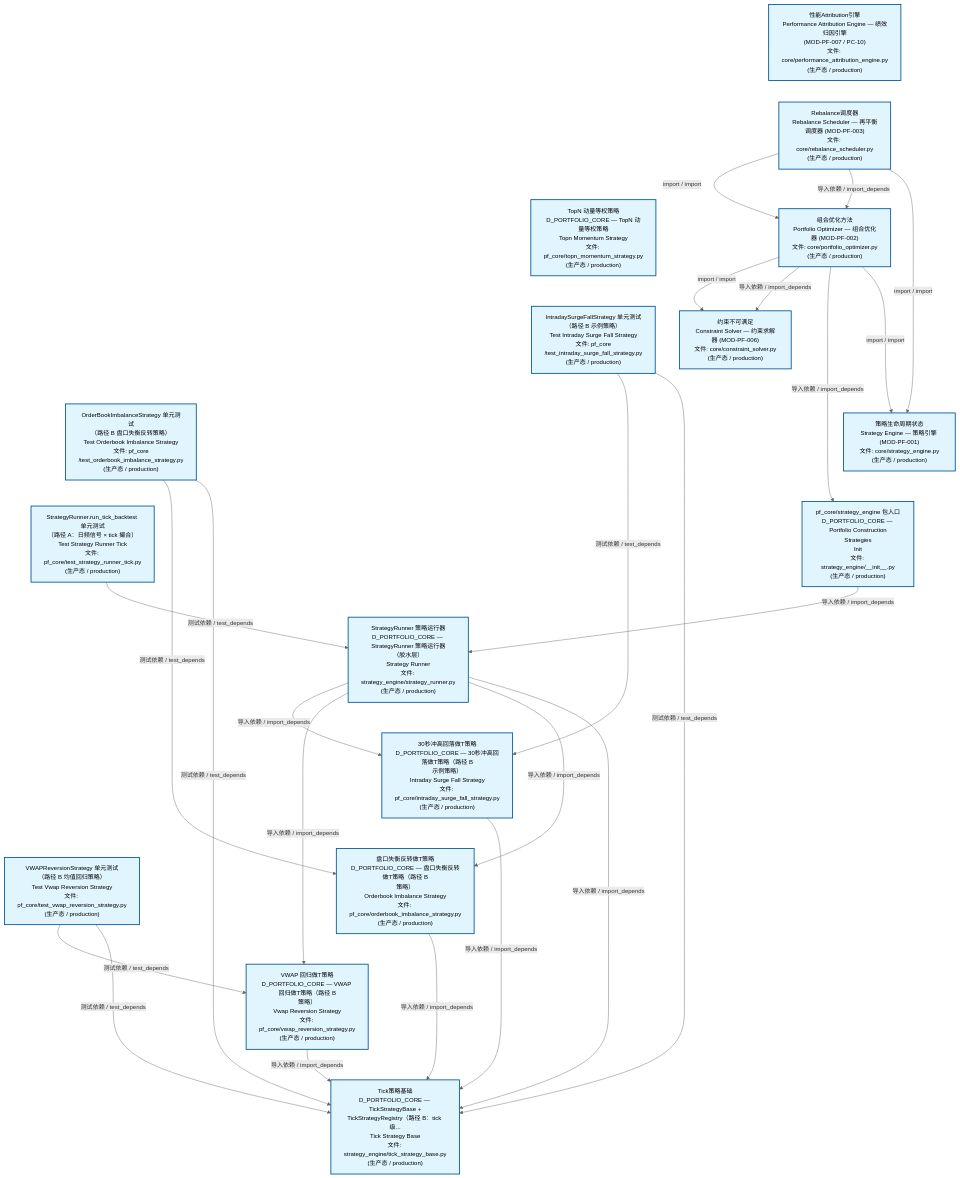
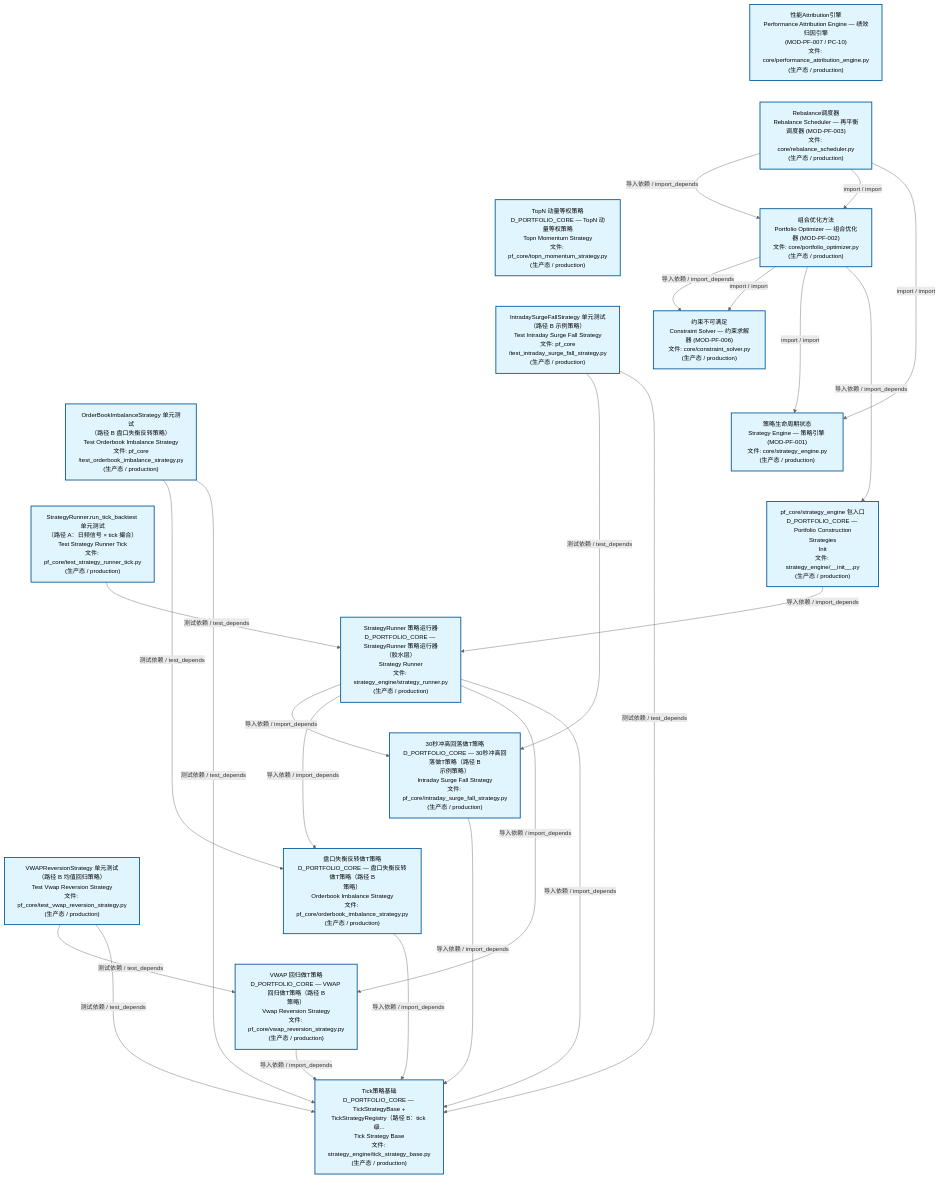
Before and after one commit to xuanFelixVan/ZephyrAlpha: the second of 3 diagrams in docs/02_enterprise_architecture/02_domain_architecture_docs/63_d_pf_core.md, drawn with Mermaid. The commit also changed other lines of this file and 49 other files, not shown here.

````diff
--- a/docs/02_enterprise_architecture/02_domain_architecture_docs/63_d_pf_core.md
+++ b/docs/02_enterprise_architecture/02_domain_architecture_docs/63_d_pf_core.md
@@ -140,57 +140,57 @@
 ```mermaid
 %%{init: {'theme': 'base', 'themeVariables': {'primaryColor': '#eaeaea', 'primaryTextColor': '#333333', 'primaryBorderColor': '#666666', 'lineColor': '#666666', 'secondaryColor': '#eaeaea', 'tertiaryColor': '#eaeaea', 'fontSize': '14px'}}}%%
 flowchart TD
     src_zephyr_pf_core_core_performance_attribution_engine_py["性能Attribution引擎<br/>Performance Attribution Engine — 绩效归因引擎<br/>(MOD-PF-007 / PC-10)<br/>文件: core/performance_attribution_engine.py<br/>(生产态 / production)"]
     src_zephyr_pf_core_core_rebalance_scheduler_py["Rebalance调度器<br/>Rebalance Scheduler — 再平衡调度器 (MOD-PF-003)<br/>文件: core/rebalance_scheduler.py<br/>(生产态 / production)"]
     src_zephyr_pf_core_topn_momentum_strategy_py["TopN 动量等权策略<br/>D_PORTFOLIO_CORE — TopN 动量等权策略<br/>Topn Momentum Strategy<br/>文件: pf_core/topn_momentum_strategy.py<br/>(生产态 / production)"]
     tests_pf_core_test_intraday_surge_fall_strategy_py["IntradaySurgeFallStrategy 单元测试<br/>（路径 B 示例策略）<br/>Test Intraday Surge Fall Strategy<br/>文件: pf_core<br/>/test_intraday_surge_fall_strategy.py<br/>(生产态 / production)"]
     tests_pf_core_test_orderbook_imbalance_strategy_py["OrderBookImbalanceStrategy 单元测试<br/>（路径 B 盘口失衡反转策略）<br/>Test Orderbook Imbalance Strategy<br/>文件: pf_core<br/>/test_orderbook_imbalance_strategy.py<br/>(生产态 / production)"]
     tests_pf_core_test_strategy_runner_tick_py["StrategyRunner.run_tick_backtest 单元测试<br/>（路径 A：日频信号 × tick 撮合）<br/>Test Strategy Runner Tick<br/>文件: pf_core/test_strategy_runner_tick.py<br/>(生产态 / production)"]
     tests_pf_core_test_vwap_reversion_strategy_py["VWAPReversionStrategy 单元测试<br/>（路径 B 均值回归策略）<br/>Test Vwap Reversion Strategy<br/>文件: pf_core/test_vwap_reversion_strategy.py<br/>(生产态 / production)"]
     src_zephyr_pf_core_core_performance_attribution_engine_py ~~~ src_zephyr_pf_core_core_rebalance_scheduler_py
     src_zephyr_pf_core_core_rebalance_scheduler_py ~~~ src_zephyr_pf_core_topn_momentum_strategy_py
     src_zephyr_pf_core_topn_momentum_strategy_py ~~~ tests_pf_core_test_intraday_surge_fall_strategy_py
     tests_pf_core_test_intraday_surge_fall_strategy_py ~~~ tests_pf_core_test_orderbook_imbalance_strategy_py
     tests_pf_core_test_orderbook_imbalance_strategy_py ~~~ tests_pf_core_test_strategy_runner_tick_py
     tests_pf_core_test_strategy_runner_tick_py ~~~ tests_pf_core_test_vwap_reversion_strategy_py
     src_zephyr_pf_core_core_portfolio_optimizer_py["组合优化方法<br/>Portfolio Optimizer — 组合优化器 (MOD-PF-002)<br/>文件: core/portfolio_optimizer.py<br/>(生产态 / production)"]
     src_zephyr_pf_core_core_constraint_solver_py["约束不可满足<br/>Constraint Solver — 约束求解器 (MOD-PF-006)<br/>文件: core/constraint_solver.py<br/>(生产态 / production)"]
     src_zephyr_pf_core_core_strategy_engine_py["策略生命周期状态<br/>Strategy Engine — 策略引擎 (MOD-PF-001)<br/>文件: core/strategy_engine.py<br/>(生产态 / production)"]
     src_zephyr_pf_core_strategy_engine_init_py["pf_core/strategy_engine 包入口<br/>D_PORTFOLIO_CORE — Portfolio Construction<br/>Strategies<br/>Init<br/>文件: strategy_engine/__init__.py<br/>(生产态 / production)"]
     src_zephyr_pf_core_core_constraint_solver_py ~~~ src_zephyr_pf_core_core_strategy_engine_py
     src_zephyr_pf_core_core_strategy_engine_py ~~~ src_zephyr_pf_core_strategy_engine_init_py
     src_zephyr_pf_core_strategy_engine_strategy_runner_py["StrategyRunner 策略运行器<br/>D_PORTFOLIO_CORE — StrategyRunner 策略运行器<br/>（胶水层）<br/>Strategy Runner<br/>文件: strategy_engine/strategy_runner.py<br/>(生产态 / production)"]
     src_zephyr_pf_core_intraday_surge_fall_strategy_py["30秒冲高回落做T策略<br/>D_PORTFOLIO_CORE — 30秒冲高回落做T策略（路径 B<br/>示例策略）<br/>Intraday Surge Fall Strategy<br/>文件: pf_core/intraday_surge_fall_strategy.py<br/>(生产态 / production)"]
     src_zephyr_pf_core_orderbook_imbalance_strategy_py["盘口失衡反转做T策略<br/>D_PORTFOLIO_CORE — 盘口失衡反转做T策略（路径 B<br/>策略）<br/>Orderbook Imbalance Strategy<br/>文件: pf_core/orderbook_imbalance_strategy.py<br/>(生产态 / production)"]
     src_zephyr_pf_core_vwap_reversion_strategy_py["VWAP 回归做T策略<br/>D_PORTFOLIO_CORE — VWAP 回归做T策略（路径 B<br/>策略）<br/>Vwap Reversion Strategy<br/>文件: pf_core/vwap_reversion_strategy.py<br/>(生产态 / production)"]
     src_zephyr_pf_core_intraday_surge_fall_strategy_py ~~~ src_zephyr_pf_core_orderbook_imbalance_strategy_py
     src_zephyr_pf_core_orderbook_imbalance_strategy_py ~~~ src_zephyr_pf_core_vwap_reversion_strategy_py
     src_zephyr_pf_core_strategy_engine_tick_strategy_base_py["Tick策略基础<br/>D_PORTFOLIO_CORE — TickStrategyBase +<br/>TickStrategyRegistry（路径 B：tick 级...<br/>Tick Strategy Base<br/>文件: strategy_engine/tick_strategy_base.py<br/>(生产态 / production)"]
     src_zephyr_pf_core_intraday_surge_fall_strategy_py -->|导入依赖 / import_depends| src_zephyr_pf_core_strategy_engine_tick_strategy_base_py
+    src_zephyr_pf_core_orderbook_imbalance_strategy_py -->|导入依赖 / import_depends| src_zephyr_pf_core_strategy_engine_tick_strategy_base_py
     src_zephyr_pf_core_vwap_reversion_strategy_py -->|导入依赖 / import_depends| src_zephyr_pf_core_strategy_engine_tick_strategy_base_py
-    src_zephyr_pf_core_orderbook_imbalance_strategy_py -->|导入依赖 / import_depends| src_zephyr_pf_core_strategy_engine_tick_strategy_base_py
+    src_zephyr_pf_core_core_portfolio_optimizer_py -->|导入依赖 / import_depends| src_zephyr_pf_core_core_constraint_solver_py
     src_zephyr_pf_core_core_portfolio_optimizer_py -->|import / import| src_zephyr_pf_core_core_constraint_solver_py
-    src_zephyr_pf_core_core_portfolio_optimizer_py -->|导入依赖 / import_depends| src_zephyr_pf_core_core_constraint_solver_py
+    src_zephyr_pf_core_core_portfolio_optimizer_py -->|import / import| src_zephyr_pf_core_core_strategy_engine_py
     src_zephyr_pf_core_core_portfolio_optimizer_py -->|导入依赖 / import_depends| src_zephyr_pf_core_strategy_engine_init_py
-    src_zephyr_pf_core_core_portfolio_optimizer_py -->|import / import| src_zephyr_pf_core_core_strategy_engine_py
+    src_zephyr_pf_core_core_rebalance_scheduler_py -->|导入依赖 / import_depends| src_zephyr_pf_core_core_portfolio_optimizer_py
     src_zephyr_pf_core_core_rebalance_scheduler_py -->|import / import| src_zephyr_pf_core_core_portfolio_optimizer_py
-    src_zephyr_pf_core_core_rebalance_scheduler_py -->|导入依赖 / import_depends| src_zephyr_pf_core_core_portfolio_optimizer_py
     src_zephyr_pf_core_core_rebalance_scheduler_py -->|import / import| src_zephyr_pf_core_core_strategy_engine_py
+    src_zephyr_pf_core_strategy_engine_strategy_runner_py -->|导入依赖 / import_depends| src_zephyr_pf_core_intraday_surge_fall_strategy_py
+    src_zephyr_pf_core_strategy_engine_strategy_runner_py -->|导入依赖 / import_depends| src_zephyr_pf_core_orderbook_imbalance_strategy_py
+    src_zephyr_pf_core_strategy_engine_strategy_runner_py -->|导入依赖 / import_depends| src_zephyr_pf_core_vwap_reversion_strategy_py
+    src_zephyr_pf_core_strategy_engine_strategy_runner_py -->|导入依赖 / import_depends| src_zephyr_pf_core_strategy_engine_tick_strategy_base_py
     src_zephyr_pf_core_strategy_engine_init_py -->|导入依赖 / import_depends| src_zephyr_pf_core_strategy_engine_strategy_runner_py
-    src_zephyr_pf_core_strategy_engine_strategy_runner_py -->|导入依赖 / import_depends| src_zephyr_pf_core_intraday_surge_fall_strategy_py
-    src_zephyr_pf_core_strategy_engine_strategy_runner_py -->|导入依赖 / import_depends| src_zephyr_pf_core_vwap_reversion_strategy_py
-    src_zephyr_pf_core_strategy_engine_strategy_runner_py -->|导入依赖 / import_depends| src_zephyr_pf_core_orderbook_imbalance_strategy_py
-    src_zephyr_pf_core_strategy_engine_strategy_runner_py -->|导入依赖 / import_depends| src_zephyr_pf_core_strategy_engine_tick_strategy_base_py
     tests_pf_core_test_intraday_surge_fall_strategy_py -->|测试依赖 / test_depends| src_zephyr_pf_core_intraday_surge_fall_strategy_py
     tests_pf_core_test_intraday_surge_fall_strategy_py -->|测试依赖 / test_depends| src_zephyr_pf_core_strategy_engine_tick_strategy_base_py
     tests_pf_core_test_orderbook_imbalance_strategy_py -->|测试依赖 / test_depends| src_zephyr_pf_core_orderbook_imbalance_strategy_py
     tests_pf_core_test_orderbook_imbalance_strategy_py -->|测试依赖 / test_depends| src_zephyr_pf_core_strategy_engine_tick_strategy_base_py
+    tests_pf_core_test_strategy_runner_tick_py -->|测试依赖 / test_depends| src_zephyr_pf_core_strategy_engine_strategy_runner_py
     tests_pf_core_test_vwap_reversion_strategy_py -->|测试依赖 / test_depends| src_zephyr_pf_core_vwap_reversion_strategy_py
     tests_pf_core_test_vwap_reversion_strategy_py -->|测试依赖 / test_depends| src_zephyr_pf_core_strategy_engine_tick_strategy_base_py
-    tests_pf_core_test_strategy_runner_tick_py -->|测试依赖 / test_depends| src_zephyr_pf_core_strategy_engine_strategy_runner_py
     classDef production fill:#e1f5fe,stroke:#01579b,stroke-width:2px,color:#000
     classDef design fill:#fff3e0,stroke:#e65100,stroke-width:2px,color:#000,stroke-dasharray: 5 5
     classDef external_prod fill:#e8f4fd,stroke:#0277bd,stroke-width:1px,color:#000
     classDef external_design fill:#fff8e7,stroke:#ef6c00,stroke-width:1px,color:#000,stroke-dasharray: 5 5
     class src_zephyr_pf_core_core_constraint_solver_py,src_zephyr_pf_core_core_performance_attribution_engine_py,src_zephyr_pf_core_core_portfolio_optimizer_py,src_zephyr_pf_core_core_rebalance_scheduler_py,src_zephyr_pf_core_core_strategy_engine_py,src_zephyr_pf_core_intraday_surge_fall_strategy_py,src_zephyr_pf_core_orderbook_imbalance_strategy_py,src_zephyr_pf_core_strategy_engine_init_py,src_zephyr_pf_core_strategy_engine_strategy_runner_py,src_zephyr_pf_core_strategy_engine_tick_strategy_base_py,src_zephyr_pf_core_topn_momentum_strategy_py,src_zephyr_pf_core_vwap_reversion_strategy_py,tests_pf_core_test_intraday_surge_fall_strategy_py,tests_pf_core_test_orderbook_imbalance_strategy_py,tests_pf_core_test_strategy_runner_tick_py,tests_pf_core_test_vwap_reversion_strategy_py production
 ```
````
